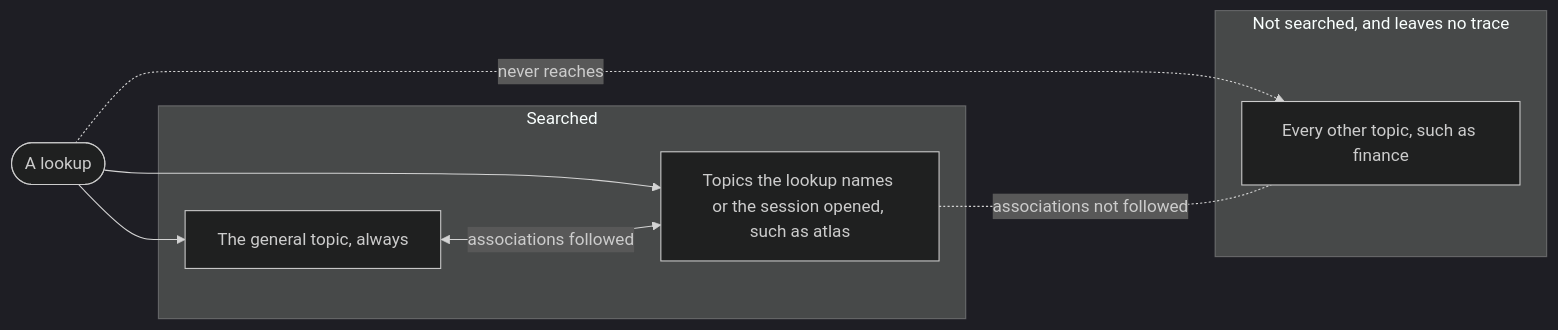
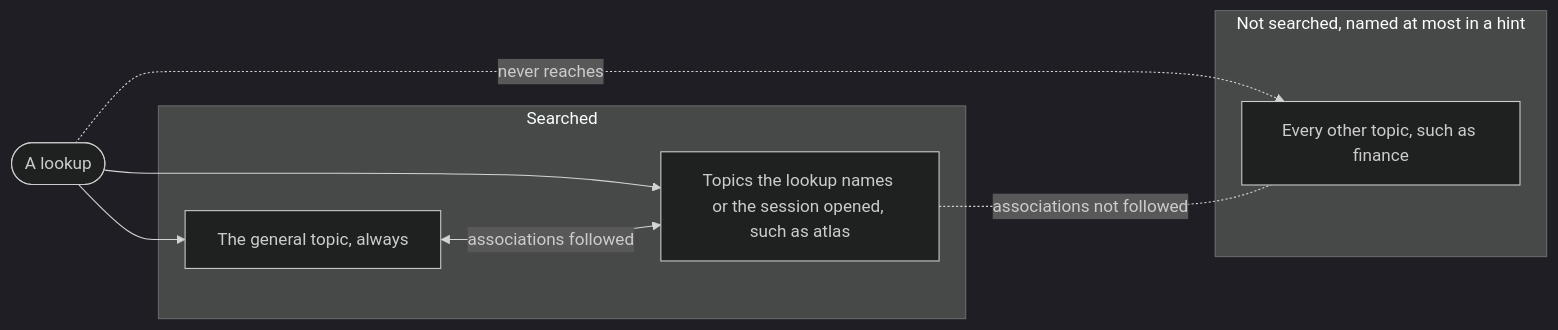
Before and after one commit to willregelmann/tapestry: the diagram in docs/primitives/TOPIC.md, drawn with Mermaid (dark theme). The commit also changed other lines of this file and 6 other files, not shown here.

````diff
--- a/docs/primitives/TOPIC.md
+++ b/docs/primitives/TOPIC.md
@@ -9,16 +9,16 @@
 ```mermaid
 flowchart LR
     lookup([A lookup])
     subgraph searched [Searched]
         general[The general topic, always]
         opened[Topics the lookup names or the session opened, such as atlas]
     end
-    subgraph hidden [Not searched, and leaves no trace]
+    subgraph hidden [Not searched, named at most in a hint]
         other[Every other topic, such as finance]
     end
     lookup --> general
     lookup --> opened
     lookup -. never reaches .-> other
     general <-- associations followed --> opened
     opened -. associations not followed .- other
 ```
````
